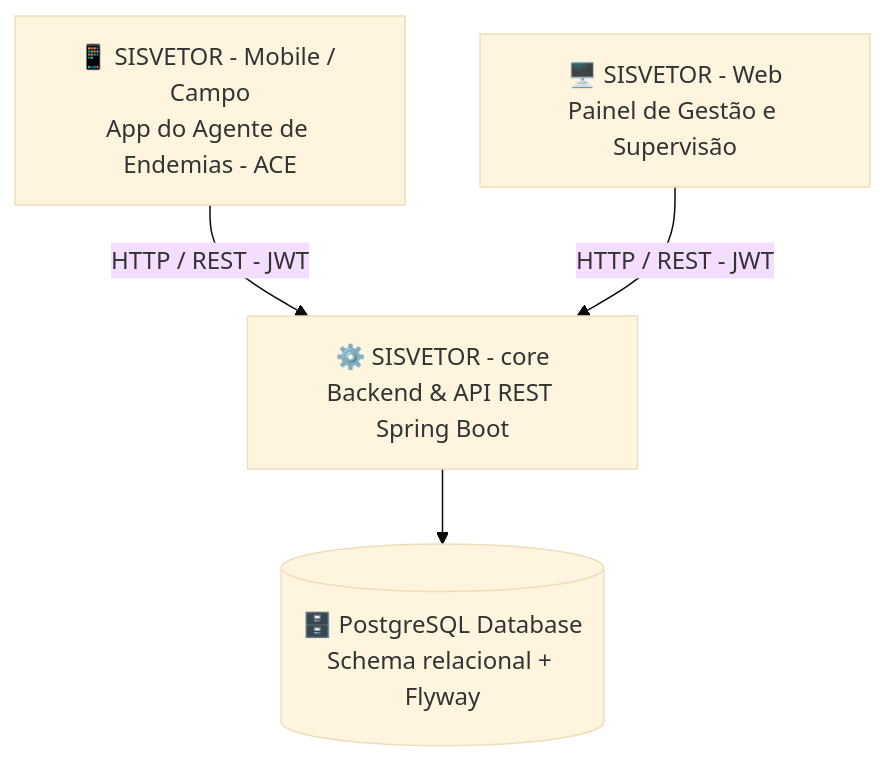
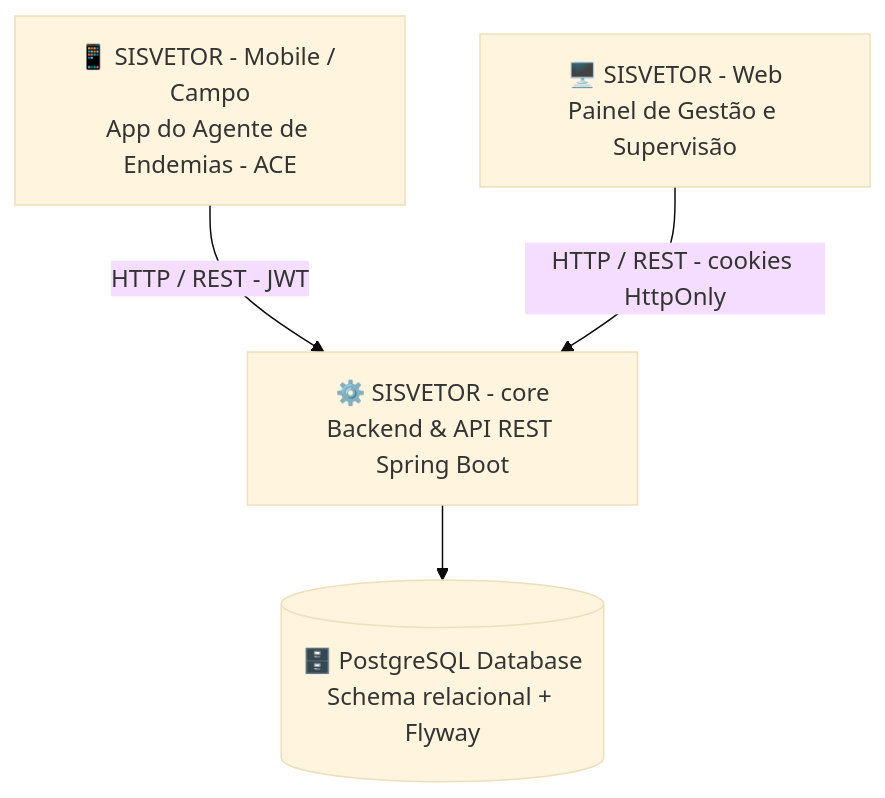
Before and after one commit to Alison-Andrade/SISVETOR-Core: the diagram in README.md, drawn with Mermaid (base theme). The commit also changed other lines of this file and 23 other files, not shown here.

````diff
--- a/README.md
+++ b/README.md
@@ -29,6 +29,6 @@
 ```mermaid
 graph TD
     A[📱 SISVETOR - Mobile / Campo<br>App do Agente de Endemias - ACE] -->|HTTP / REST - JWT| C[⚙️ SISVETOR - core<br>Backend & API REST Spring Boot]
-    B[🖥️ SISVETOR - Web<br>Painel de Gestão e Supervisão] -->|HTTP / REST - JWT| C
+    B[🖥️ SISVETOR - Web<br>Painel de Gestão e Supervisão] -->|HTTP / REST - cookies HttpOnly| C
     C --> D[(🗄️ PostgreSQL Database<br>Schema relacional + Flyway)]
 ```
````
